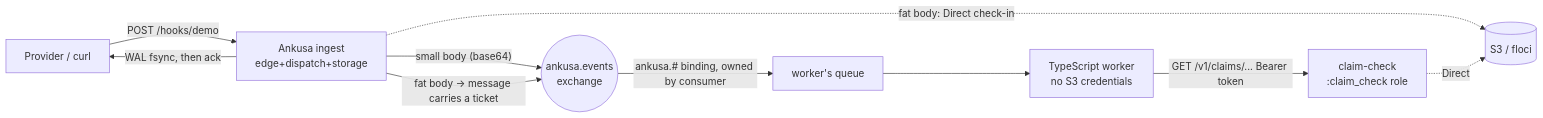
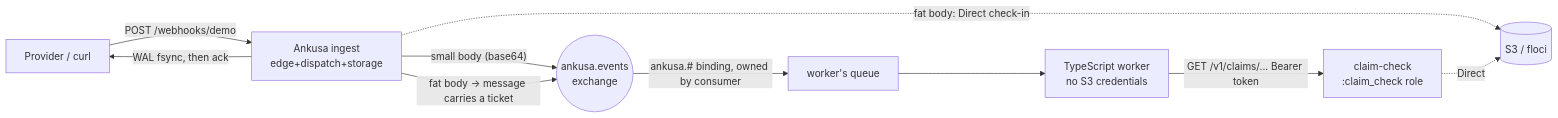
Before and after one commit to jamescarr/ankusa: the diagram in examples/rabbitmq-consumer/README.md, drawn with Mermaid. The commit also changed other lines of this file and 14 other files, not shown here.

````diff
--- a/examples/rabbitmq-consumer/README.md
+++ b/examples/rabbitmq-consumer/README.md
@@ -8,12 +8,12 @@
 ```mermaid
 flowchart LR
-    P[Provider / curl] -->|POST /hooks/demo| I[Ankusa ingest\nedge+dispatch+storage]
+    P[Provider / curl] -->|POST /webhooks/demo| I[Ankusa ingest\nedge+dispatch+storage]
     I -->|WAL fsync, then ack| P
     I -->|"small body (base64)"| X((ankusa.events\nexchange))
     I -.fat body: Direct check-in.-> S[(S3 / floci)]
     I -->|"fat body → message carries a ticket"| X
     X -->|ankusa.# binding, owned by consumer| Q[worker's queue]
     Q --> W[TypeScript worker\nno S3 credentials]
     W -->|GET /v1/claims/... Bearer token| CC[claim-check\n:claim_check role]
     CC -.Direct.-> S
 ```
````
